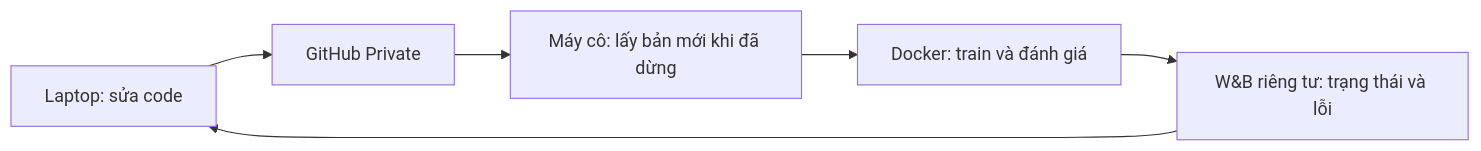
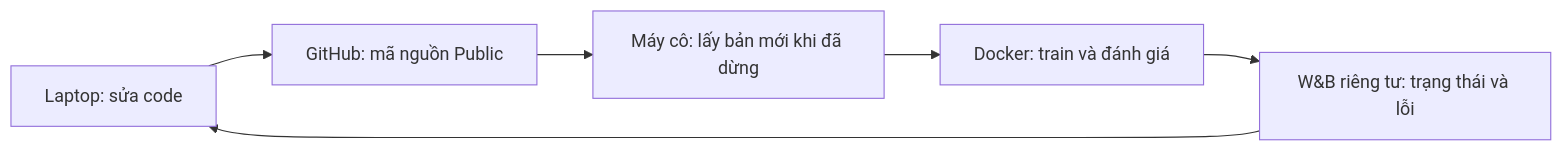
Before and after one commit to Truong583/SignLanguage-Reproduce: the diagram in docs/MAY_CO_VA_LAPTOP.md, drawn with Mermaid. The commit also changed other lines of this file and 27 other files, not shown here.

````diff
--- a/docs/MAY_CO_VA_LAPTOP.md
+++ b/docs/MAY_CO_VA_LAPTOP.md
@@ -9,8 +9,8 @@
 ```mermaid
 flowchart LR
-  A[Laptop: sửa code] --> B[GitHub Private]
+  A[Laptop: sửa code] --> B[GitHub: mã nguồn Public]
   B --> C[Máy cô: lấy bản mới khi đã dừng]
   C --> D[Docker: train và đánh giá]
   D --> E[W&B riêng tư: trạng thái và lỗi]
   E --> A
 ```
````
